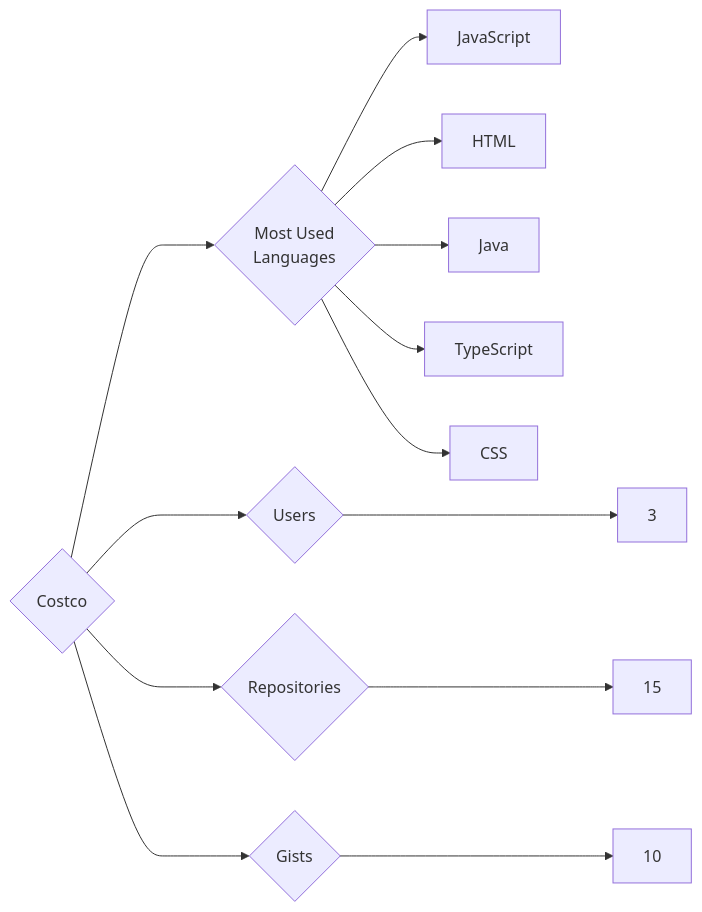
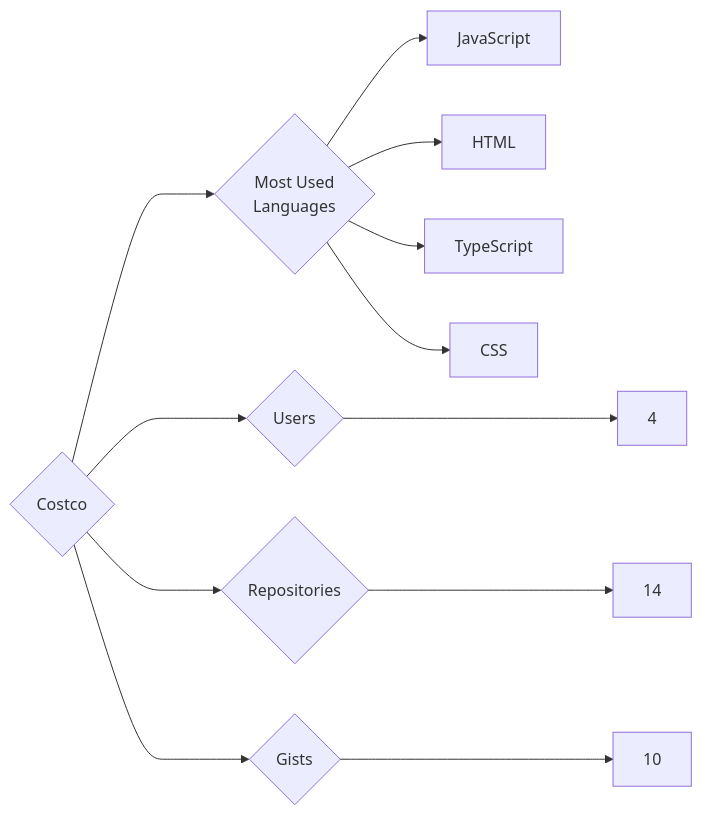
Before and after one commit to trickest/insiders: the diagram in targets/Costco/README.md, drawn with Mermaid. The commit also changed 912 other files, not shown here.

````diff
--- a/targets/Costco/README.md
+++ b/targets/Costco/README.md
@@ -3,13 +3,12 @@
 ```mermaid
 graph LR
 COMPANY_NAME{Costco}
-COMPANY_NAME ---> U{Users} ---> UN[3]
-COMPANY_NAME ---> R{Repositories} ---> RN[15]
+COMPANY_NAME ---> U{Users} ---> UN[4]
+COMPANY_NAME ---> R{Repositories} ---> RN[14]
 COMPANY_NAME ---> G{Gists} ---> GN[10]
 COMPANY_NAME ---> ML{Most Used<br>Languages}
 ML --> JavaScript[JavaScript]
 ML --> HTML[HTML]
-ML --> Java[Java]
 ML --> TypeScript[TypeScript]
 ML --> CSS[CSS]
 ```
````
